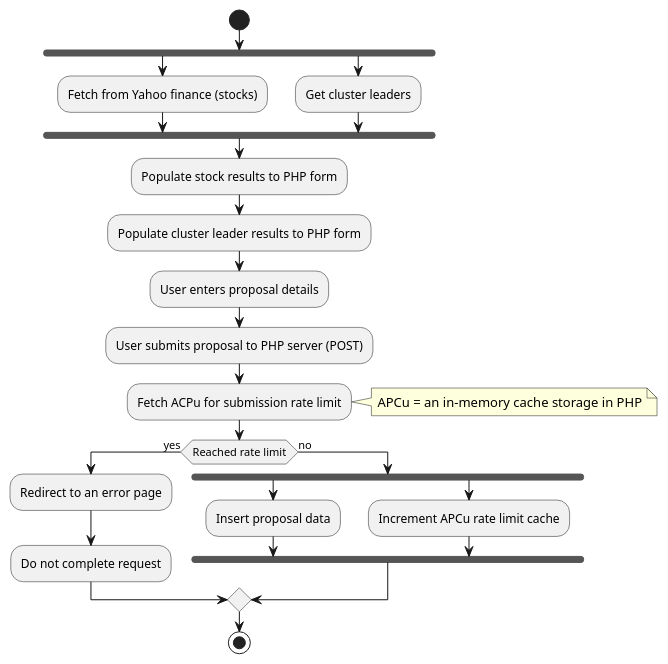
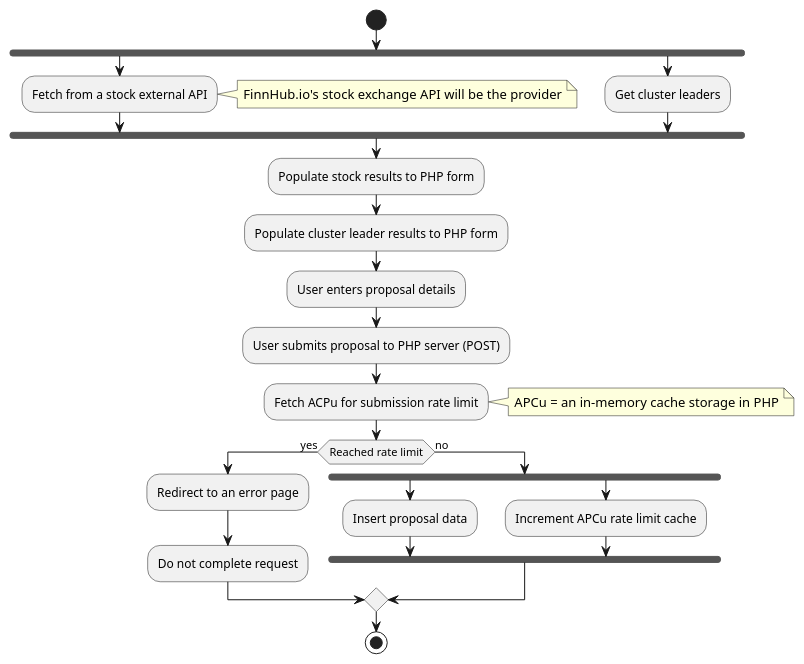
Before and after one commit to mystocks-africa/bycig-mkt: the diagram in software-design/Architecture.md, drawn with PlantUML. The commit also changed other lines of this file, not shown here.

Commit message:
added notes for api providers

````diff
--- a/software-design/Architecture.md
+++ b/software-design/Architecture.md
@@ -8,32 +8,34 @@
 ```plantuml
 @startuml
 start
 fork
-    :Fetch from Yahoo finance (stocks);
+    :Fetch from a stock external API;
+    note right
+        FinnHub.io's stock exchange API will be the provider
+    end note
 fork again
     :Get cluster leaders;
 end fork
 :Populate stock results to PHP form;
 :Populate cluster leader results to PHP form;
 :User enters proposal details;
 :User submits proposal to PHP server (POST);
 :Fetch ACPu for submission rate limit;
 
 note right
   APCu = an in-memory cache storage in PHP
 end note
 
 if (Reached rate limit) then (yes)
     :Redirect to an error page;
     :Do not complete request;
 else (no)
     fork
         :Insert proposal data;
     fork again
         :Increment APCu rate limit cache;
     end fork
 endif
 stop
 @enduml
-
 ```
````
